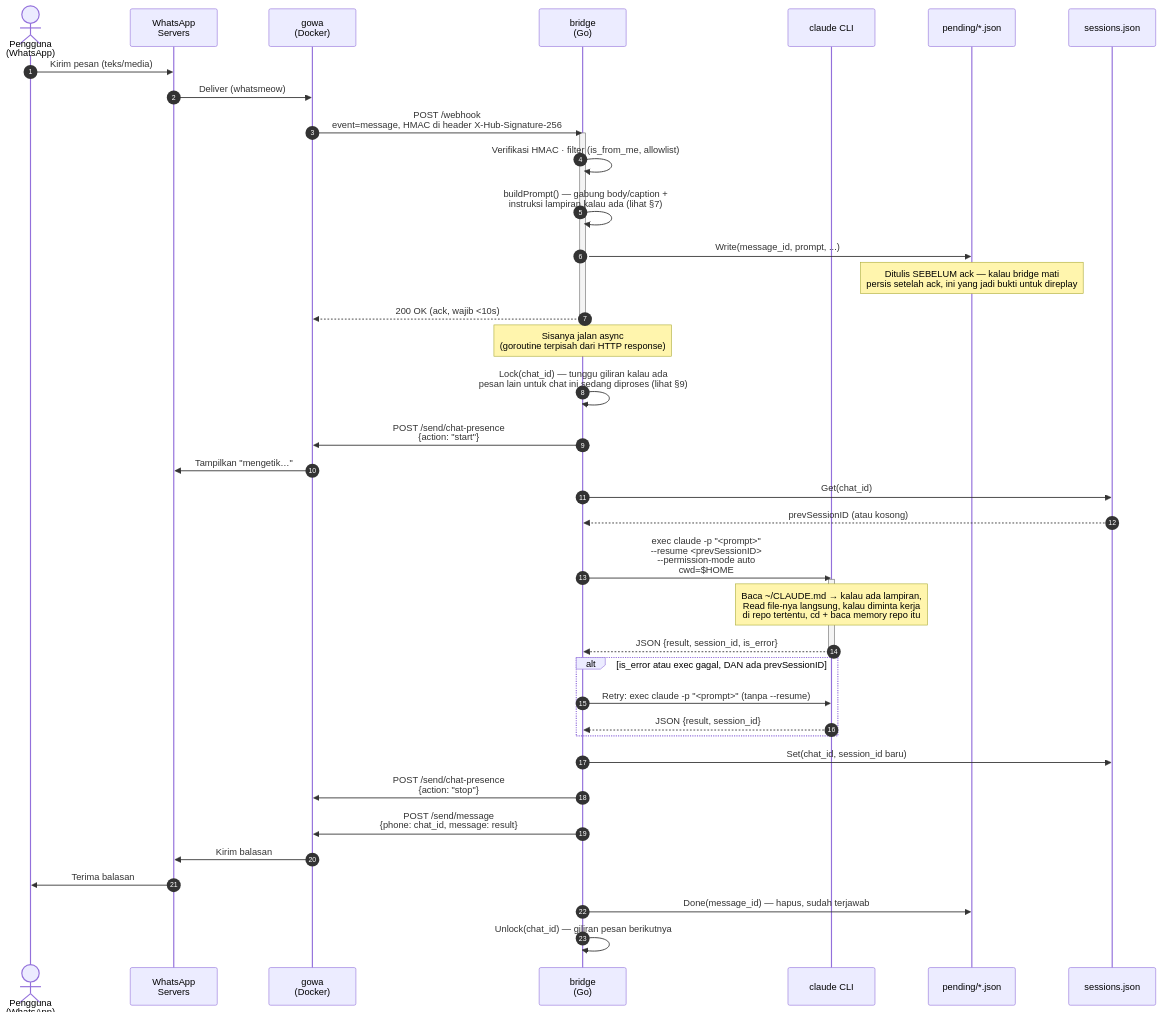
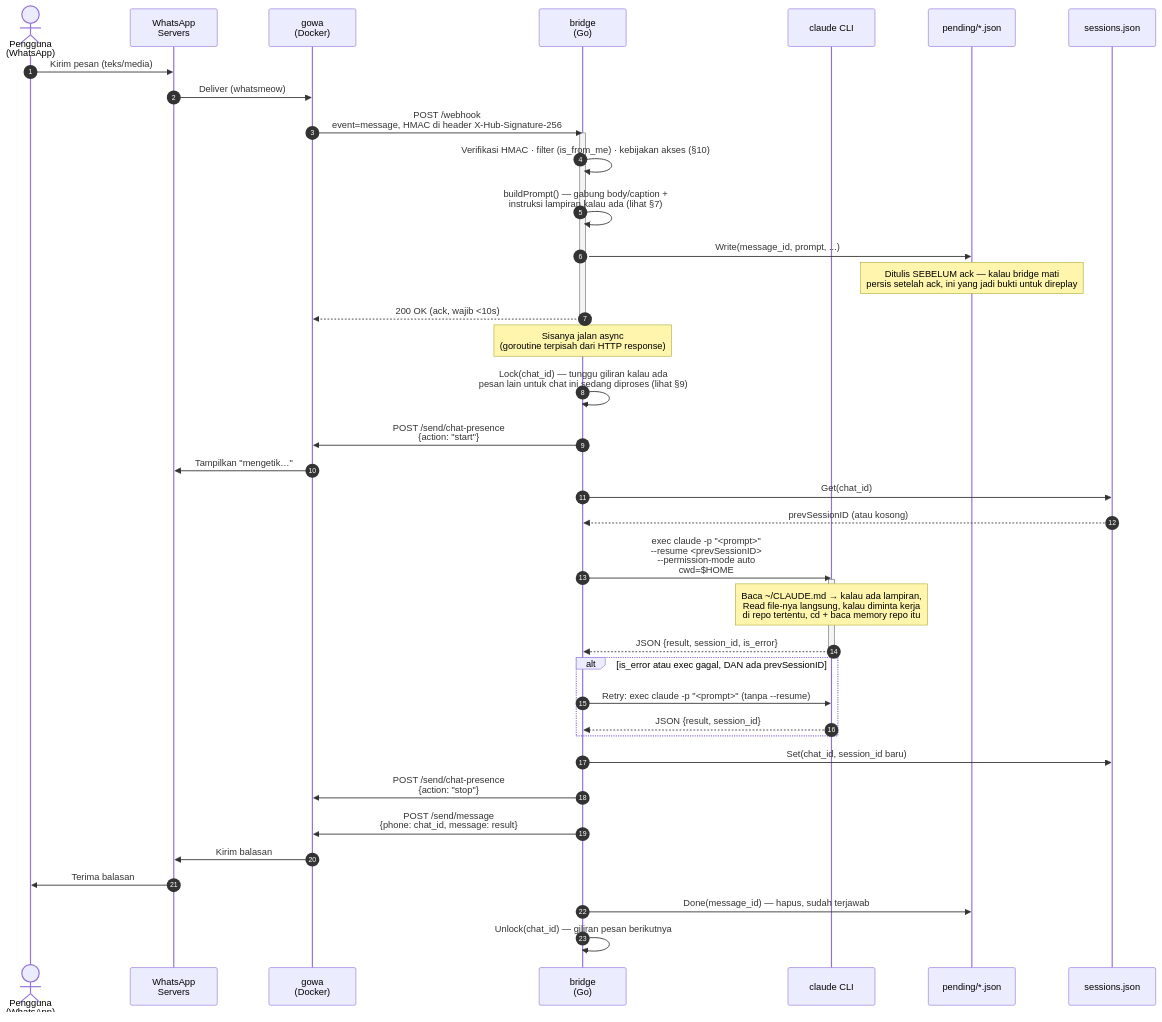
One commit to tarkiman/claude-whatsapp changed the second of 4 diagrams in docs/ARCHITECTURE.id.md. Above: the diagram before and after it, drawn with Mermaid. The commit also changed other lines of this file and 25 other files, not shown here.

````diff
--- a/docs/ARCHITECTURE.id.md
+++ b/docs/ARCHITECTURE.id.md
@@ -52,49 +52,49 @@
 ```mermaid
 sequenceDiagram
     autonumber
     actor U as Pengguna<br/>(WhatsApp)
     participant W as WhatsApp<br/>Servers
     participant G as gowa<br/>(Docker)
     participant B as bridge<br/>(Go)
     participant C as claude CLI
     participant P as pending/*.json
     participant S as sessions.json
 
     U->>W: Kirim pesan (teks/media)
     W->>G: Deliver (whatsmeow)
     G->>B: POST /webhook<br/>event=message, HMAC di header X-Hub-Signature-256
     activate B
-    B->>B: Verifikasi HMAC · filter (is_from_me, allowlist)
+    B->>B: Verifikasi HMAC · filter (is_from_me) · kebijakan akses (§10)
     B->>B: buildPrompt() — gabung body/caption +<br/>instruksi lampiran kalau ada (lihat §7)
     B->>P: Write(message_id, prompt, ...)
     Note over P: Ditulis SEBELUM ack — kalau bridge mati<br/>persis setelah ack, ini yang jadi bukti untuk direplay
     B-->>G: 200 OK (ack, wajib <10s)
     deactivate B
     Note over B: Sisanya jalan async<br/>(goroutine terpisah dari HTTP response)
 
     B->>B: Lock(chat_id) — tunggu giliran kalau ada<br/>pesan lain untuk chat ini sedang diproses (lihat §9)
     B->>G: POST /send/chat-presence<br/>{action: "start"}
     G->>W: Tampilkan "mengetik…"
 
     B->>S: Get(chat_id)
     S-->>B: prevSessionID (atau kosong)
 
     B->>C: exec claude -p "<prompt>"<br/>--resume <prevSessionID><br/>--permission-mode auto<br/>cwd=$HOME
     activate C
     Note over C: Baca ~/CLAUDE.md → kalau ada lampiran,<br/>Read file-nya langsung, kalau diminta kerja<br/>di repo tertentu, cd + baca memory repo itu
     C-->>B: JSON {result, session_id, is_error}
     deactivate C
 
     alt is_error atau exec gagal, DAN ada prevSessionID
         B->>C: Retry: exec claude -p "<prompt>" (tanpa --resume)
         C-->>B: JSON {result, session_id}
     end
 
     B->>S: Set(chat_id, session_id baru)
     B->>G: POST /send/chat-presence<br/>{action: "stop"}
     B->>G: POST /send/message<br/>{phone: chat_id, message: result}
     G->>W: Kirim balasan
     W->>U: Terima balasan
     B->>P: Done(message_id) — hapus, sudah terjawab
     B->>B: Unlock(chat_id) — giliran pesan berikutnya
 ```
````
